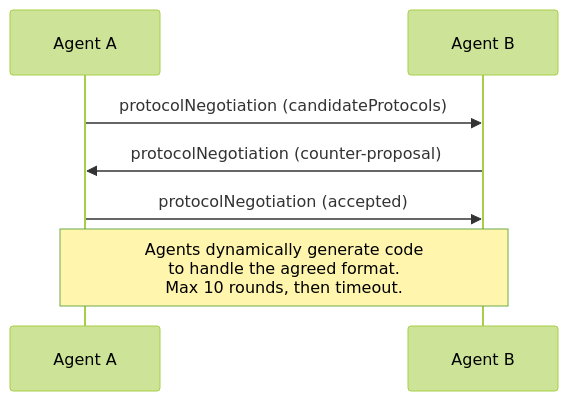
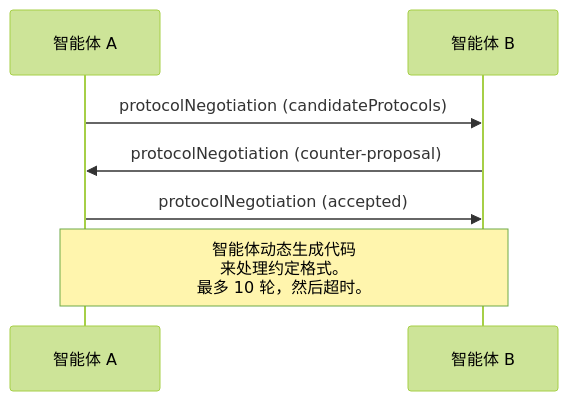
The tenth of 13 diagrams in phases/16-multi-agent-and-swarms/03-communication-protocols/docs/zh-CN.md (husky1102/ai-engineering-from-scratch-zh), drawn with Mermaid (forest theme) before and after one commit. The commit also changed other lines of this file and 1 other file, not shown here.

````diff
--- a/phases/16-multi-agent-and-swarms/03-communication-protocols/docs/zh-CN.md
+++ b/phases/16-multi-agent-and-swarms/03-communication-protocols/docs/zh-CN.md
@@ -540,10 +540,10 @@
 ```mermaid
 sequenceDiagram
-    participant A as Agent A
-    participant B as Agent B
+    participant A as 智能体 A
+    participant B as 智能体 B
 
     A->>B: protocolNegotiation (candidateProtocols)
     B->>A: protocolNegotiation (counter-proposal)
     A->>B: protocolNegotiation (accepted)
-    Note over A,B: Agents dynamically generate code<br/>to handle the agreed format.<br/>Max 10 rounds, then timeout.
+    Note over A,B: 智能体动态生成代码<br/>来处理约定格式。<br/>最多 10 轮，然后超时。
 ```
````
